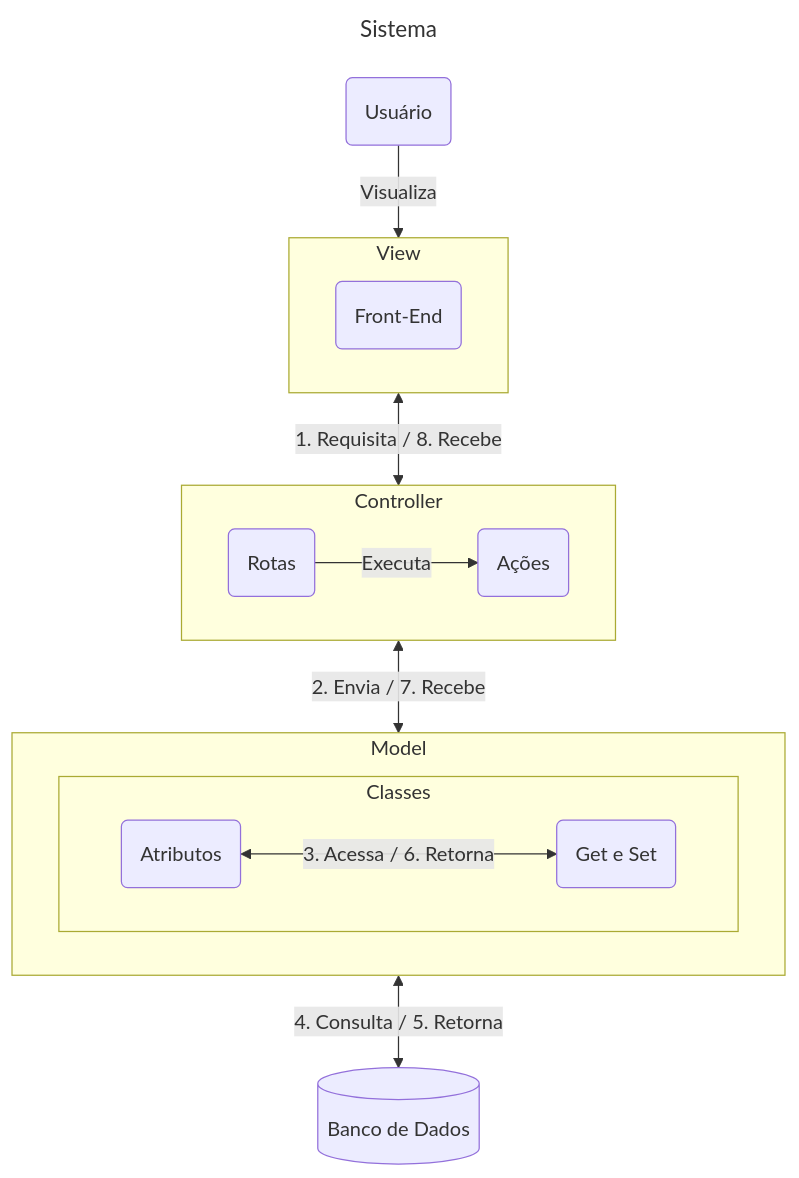
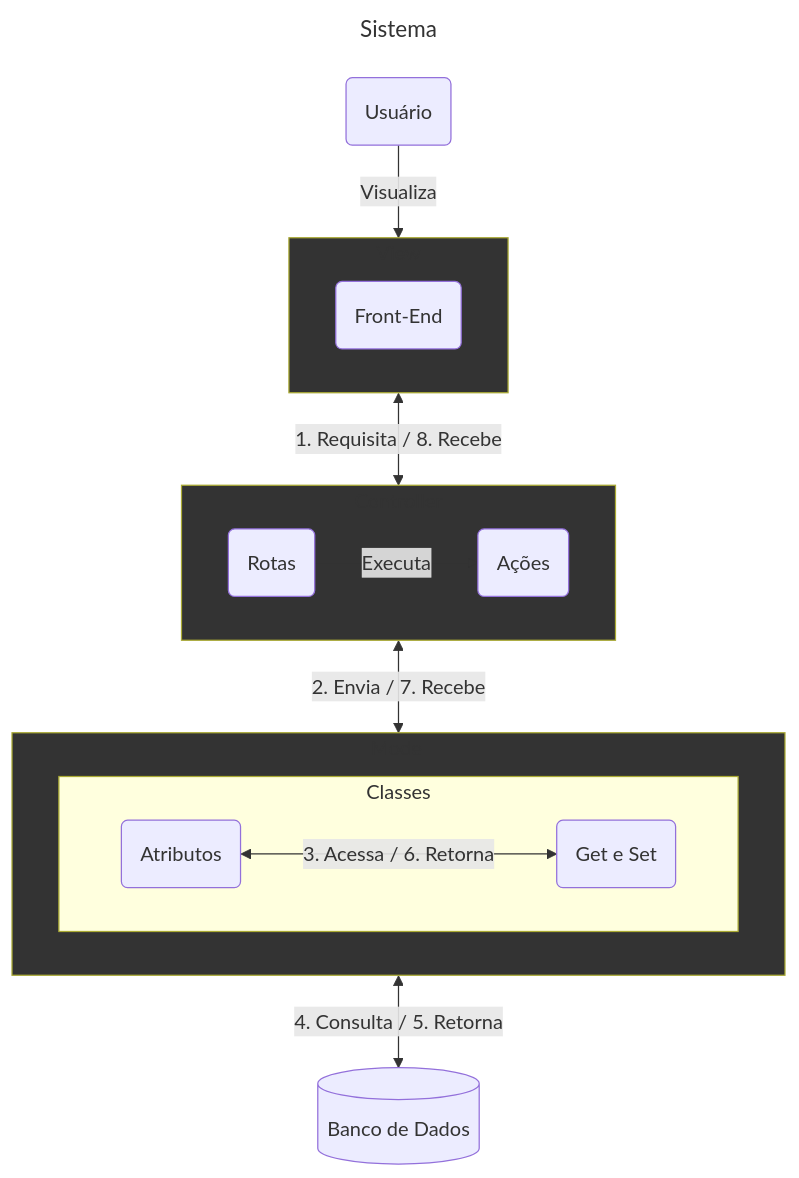
Before and after one commit to dev-alexmachado/guia_rapido_aplicacoes_web: the third of 4 diagrams in README.md, drawn with Mermaid. The commit also changed other lines of this file, not shown here.

Commit message:
Add: novo diagrama, mvt

```diff
--- a/README.md
+++ b/README.md
@@ -178,32 +177,36 @@
 ~~~mermaid
 ---
 title: Sistema
 ---
 graph TD
     Usuário(Usuário)
     BD[(Banco de Dados)]
 
     subgraph View
         Front-End(Front-End)
     end
 
     subgraph Controller
         Rota(Rotas)
         Ação(Ações)
     end
 
     subgraph Model
         subgraph Classes
             direction LR
             Atributo(Atributos)
             Método(Get e Set)
         end
     end
 
     Usuário -- Visualiza --> View
     View <-- 1. Requisita / 8. Recebe --> Controller
     Rota -- Executa --> Ação
     Controller <-- 2. Envia / 7. Recebe --> Model
     Atributo <-- 3. Acessa / 6. Retorna --> Método
     Model <-- 4. Consulta / 5. Retorna --> BD
+
+    style View fill: #333
+    style Controller fill: #333
+    style Model fill: #333
 ~~~
```
